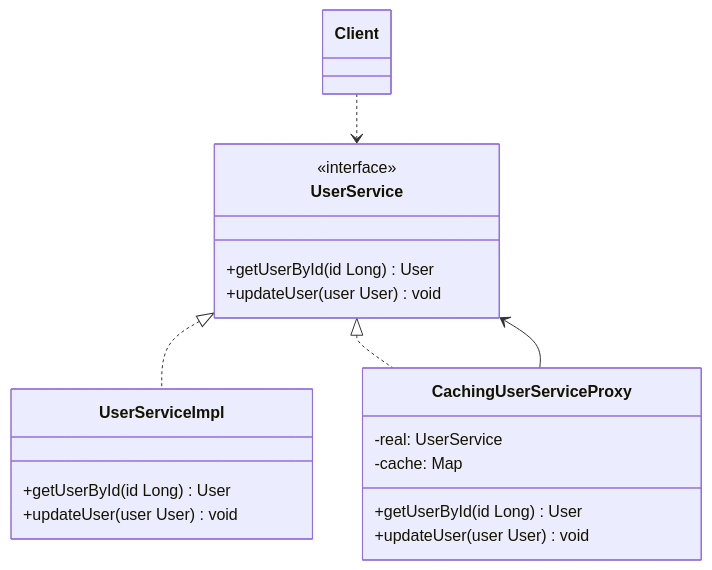
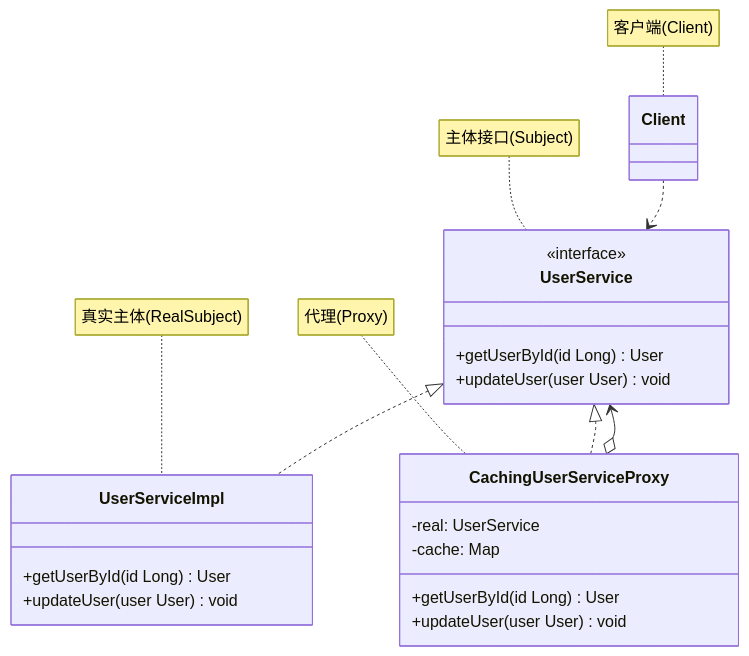
The diagram in docs/topic/design-patterns/structural-patterns/proxy/index.md (luguosong/programming-notes), drawn with Mermaid before and after one commit. The commit also changed 23 other files, not shown here.

First line of the commit message:
fix: 修正设计模式 UML 箭头类型并添加角色标注

````diff
--- a/docs/topic/design-patterns/structural-patterns/proxy/index.md
+++ b/docs/topic/design-patterns/structural-patterns/proxy/index.md
@@ -38,22 +38,26 @@
 ```mermaid
 classDiagram
     class UserService {
         <<interface>>
         +getUserById(id Long) User
         +updateUser(user User) void
     }
     class UserServiceImpl {
         +getUserById(id Long) User
         +updateUser(user User) void
     }
     class CachingUserServiceProxy {
         -real: UserService
         -cache: Map
         +getUserById(id Long) User
         +updateUser(user User) void
     }
     UserService <|.. UserServiceImpl
     UserService <|.. CachingUserServiceProxy
-    CachingUserServiceProxy --> UserService
+    CachingUserServiceProxy o--> UserService
     Client ..> UserService
+    note for UserService "主体接口(Subject)"
+    note for UserServiceImpl "真实主体(RealSubject)"
+    note for CachingUserServiceProxy "代理(Proxy)"
+    note for Client "客户端(Client)"
 ```
````
